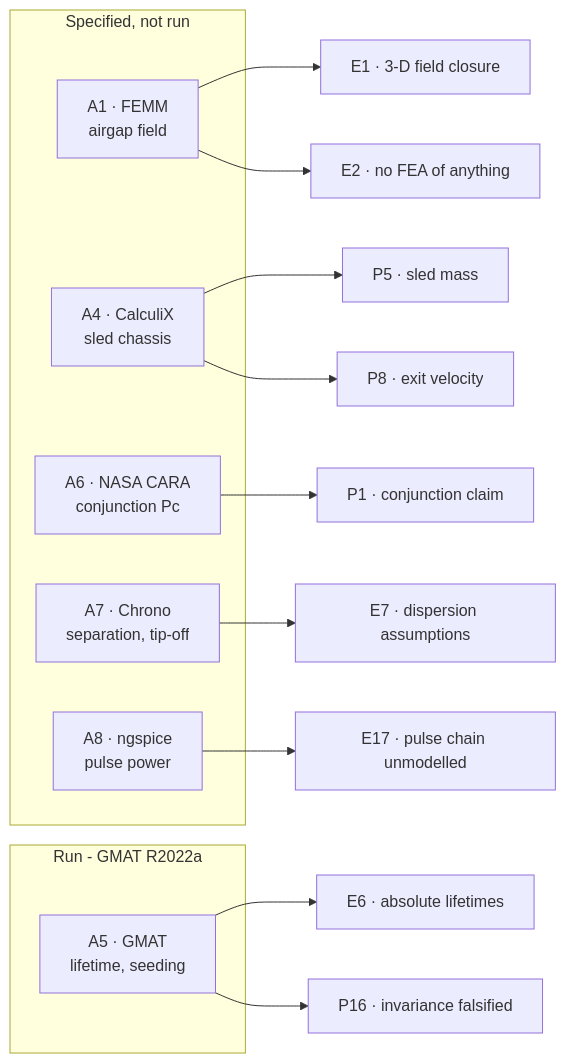
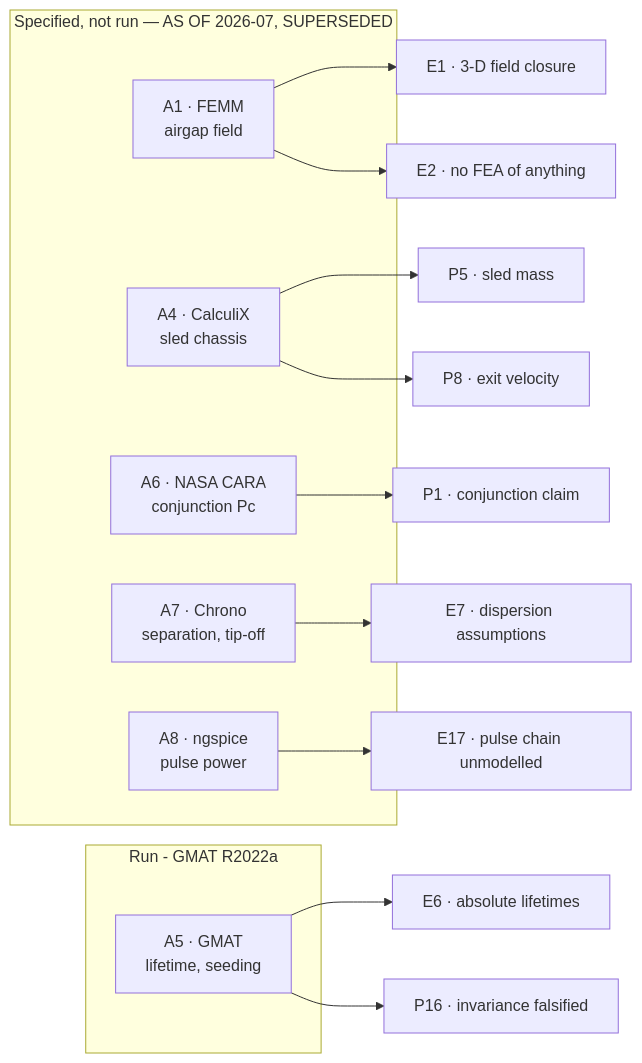
One commit to aaaaaaaaaaaavm/VOLLEY changed the eighth of 11 diagrams in docs/RESULTS.md. Above: the diagram before and after it, drawn with Mermaid. The commit also changed other lines of this file and 3 other files, not shown here.

````diff
--- a/docs/RESULTS.md
+++ b/docs/RESULTS.md
@@ -207,22 +214,22 @@
 ```mermaid
 flowchart LR
-    subgraph SPEC["Specified, not run"]
+    subgraph SPEC["Specified, not run — AS OF 2026-07, SUPERSEDED"]
         A1["A1 · FEMM<br/>airgap field"]
         A4["A4 · CalculiX<br/>sled chassis"]
         A6["A6 · NASA CARA<br/>conjunction Pc"]
         A7["A7 · Chrono<br/>separation, tip-off"]
         A8["A8 · ngspice<br/>pulse power"]
     end
     subgraph RUN["Run - GMAT R2022a"]
         A5["A5 · GMAT<br/>lifetime, seeding"]
     end
     A1 --> E1["E1 · 3-D field closure"]
     A1 --> E2["E2 · no FEA of anything"]
     A4 --> P5["P5 · sled mass"]
     A4 --> P8["P8 · exit velocity"]
     A5 --> E6["E6 · absolute lifetimes"]
     A5 --> P16["P16 · invariance falsified"]
     A6 --> P1["P1 · conjunction claim"]
     A7 --> E7["E7 · dispersion assumptions"]
     A8 --> E17["E17 · pulse chain unmodelled"]
 ```
````
